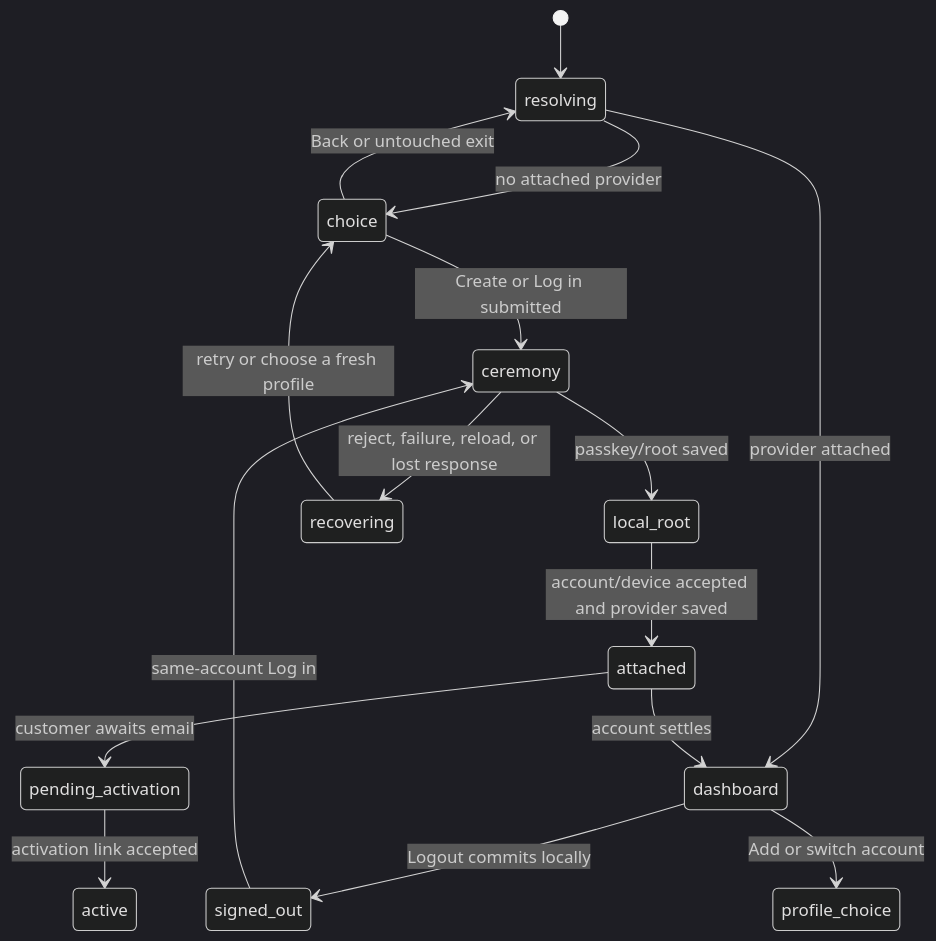
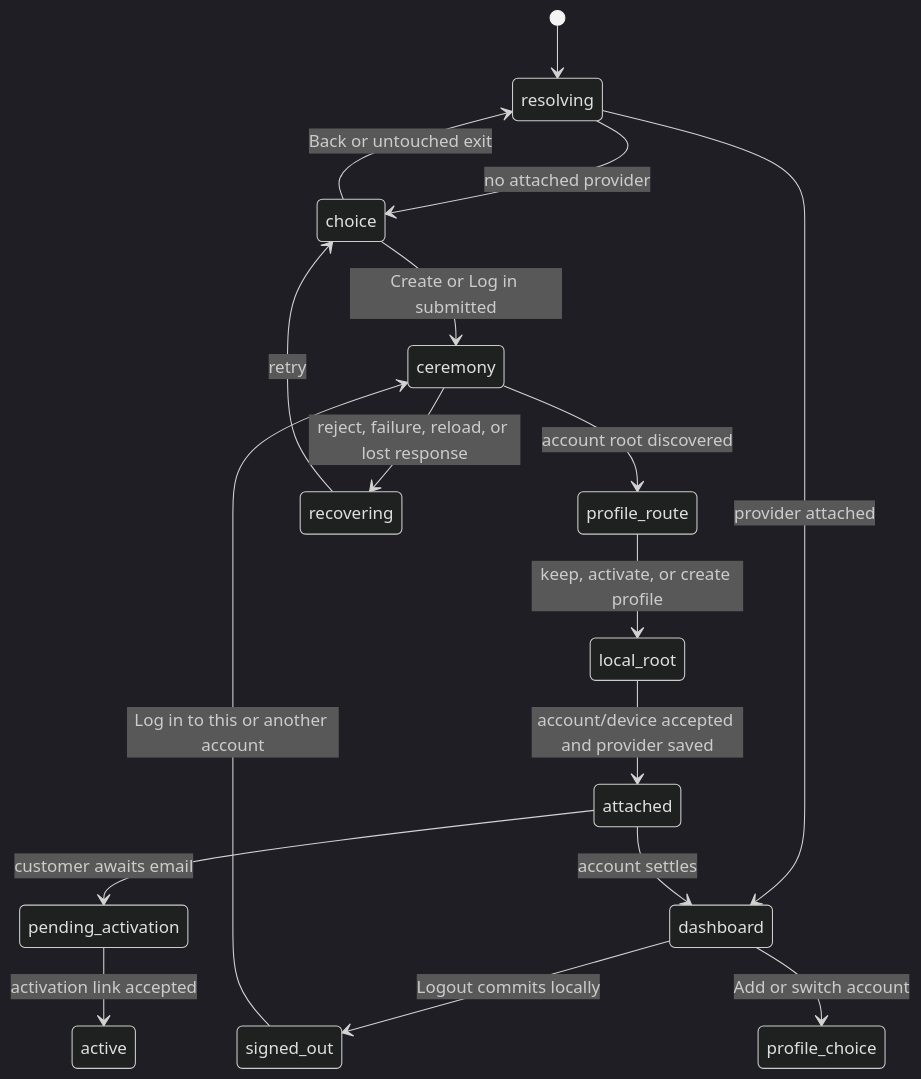
The diagram in docs/storybook/accounts/lifecycle.md (tonk-labs/tonk), drawn with Mermaid (dark theme) before and after one commit. The commit also changed other lines of this file and 3 other files, not shown here.

Commit message:
docs(account): record profile routing contract

````diff
--- a/docs/storybook/accounts/lifecycle.md
+++ b/docs/storybook/accounts/lifecycle.md
@@ -72,18 +74,19 @@
 ```mermaid
 stateDiagram-v2
     [*] --> resolving
     resolving --> choice : no attached provider
     resolving --> dashboard : provider attached
     choice --> resolving : Back or untouched exit
     choice --> ceremony : Create or Log in submitted
-    ceremony --> local_root : passkey/root saved
+    ceremony --> profile_route : account root discovered
+    profile_route --> local_root : keep, activate, or create profile
     local_root --> attached : account/device accepted and provider saved
     attached --> dashboard : account settles
     attached --> pending_activation : customer awaits email
     pending_activation --> active : activation link accepted
     dashboard --> signed_out : Logout commits locally
-    signed_out --> ceremony : same-account Log in
+    signed_out --> ceremony : Log in to this or another account
     dashboard --> profile_choice : Add or switch account
     ceremony --> recovering : reject, failure, reload, or lost response
-    recovering --> choice : retry or choose a fresh profile
+    recovering --> choice : retry
 ```
````
